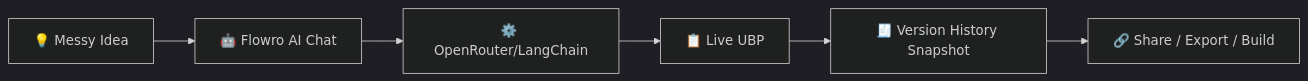
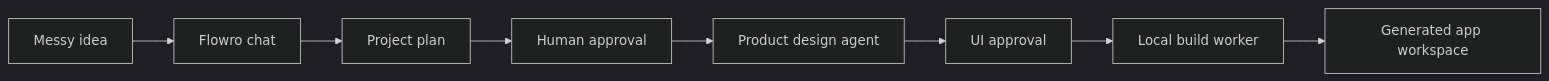
The diagram in README.md (KhalidD0nc/Flowro-PM), drawn with Mermaid (dark theme) before and after one commit. The commit also changed other lines of this file and 10 other files, not shown here.

````diff
--- a/README.md
+++ b/README.md
@@ -141,8 +58,10 @@
 ```mermaid
 flowchart LR
-    A[💡 Messy Idea] --> B[🤖 Flowro AI Chat]
-    B --> C[⚙️ OpenRouter/LangChain]
-    C --> D[📋 Live UBP]
-    D --> E[🧾 Version History Snapshot]
-    E --> F[🔗 Share / Export / Build]
+    A[Messy idea] --> B[Flowro chat]
+    B --> C[Project plan]
+    C --> D[Human approval]
+    D --> E[Product design agent]
+    E --> F[UI approval]
+    F --> G[Local build worker]
+    G --> H[Generated app workspace]
 ```
````
